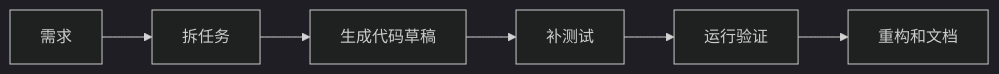
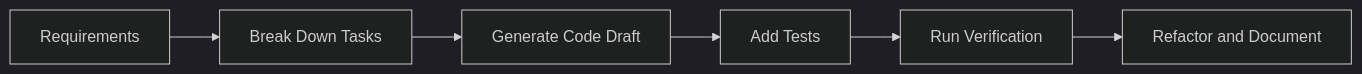
The diagram in docs/ch08-rag/ch03-app-dev/06-ai-assisted-coding.md (oudbiao/AI-fullstack-course), drawn with Mermaid (dark theme) before and after one commit. The commit also changed other lines of this file and 1406 other files, not shown here.

````diff
--- a/docs/ch08-rag/ch03-app-dev/06-ai-assisted-coding.md
+++ b/docs/ch08-rag/ch03-app-dev/06-ai-assisted-coding.md
@@ -25,8 +25,8 @@
 ```mermaid
 flowchart LR
-  A[需求] --> B[拆任务]
-  B --> C[生成代码草稿]
-  C --> D[补测试]
-  D --> E[运行验证]
-  E --> F[重构和文档]
+  A[Requirements] --> B[Break Down Tasks]
+  B --> C[Generate Code Draft]
+  C --> D[Add Tests]
+  D --> E[Run Verification]
+  E --> F[Refactor and Document]
 ```
````
